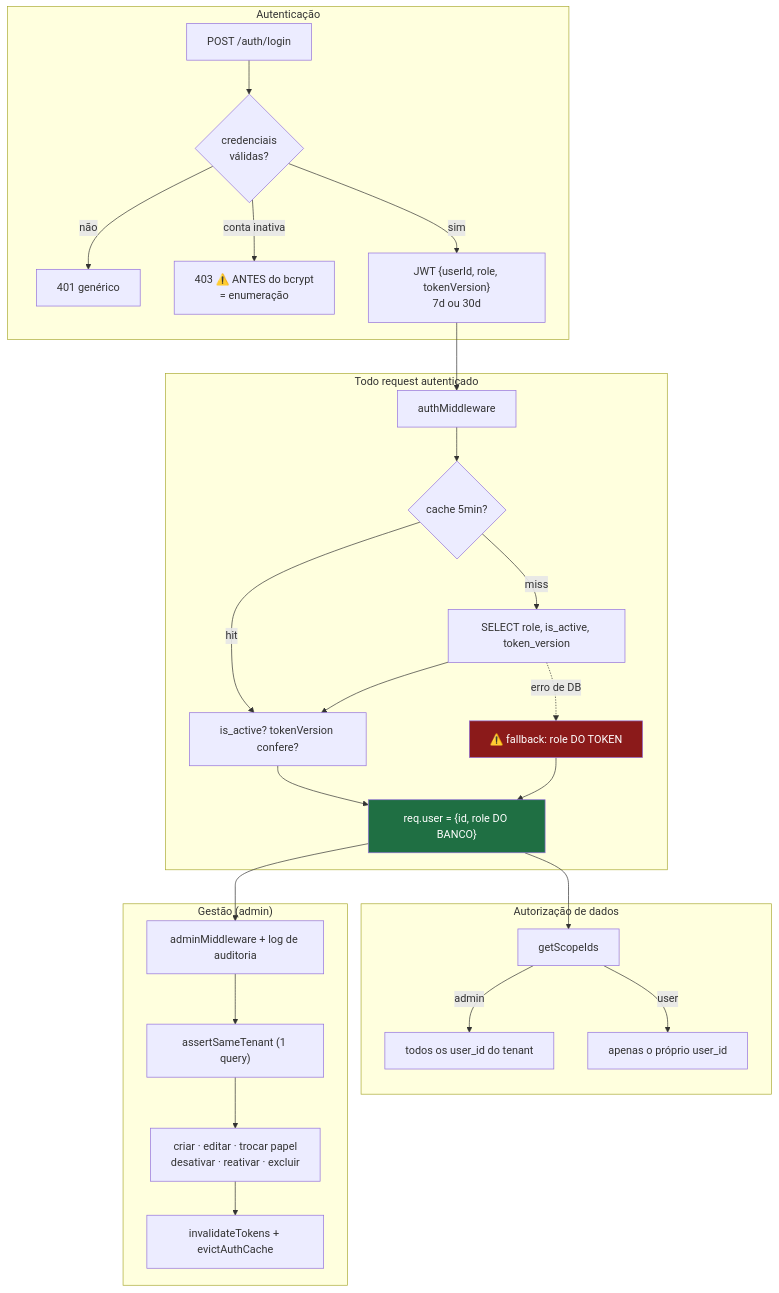
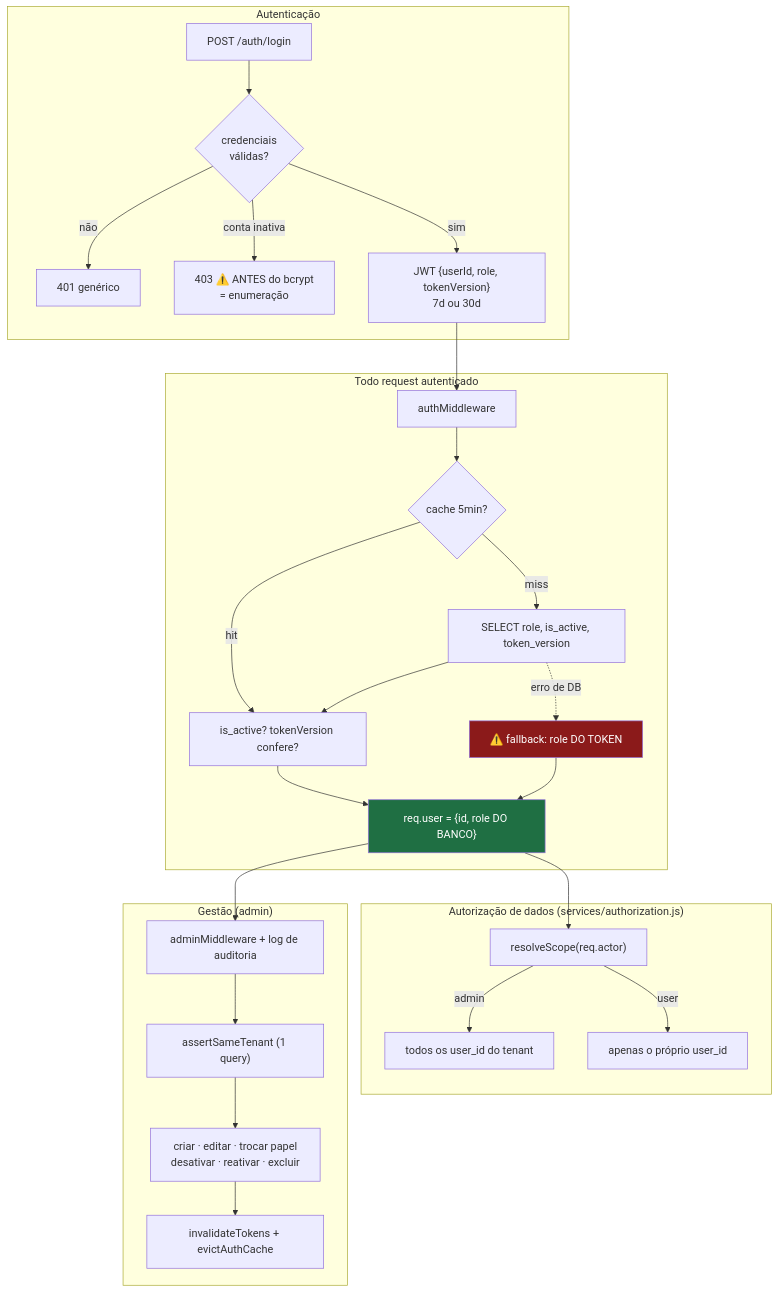
One commit to lucasxtech/JiuMetrics changed the diagram in docs/modules/users-and-admin.md. Above: the diagram before and after it, drawn with Mermaid. The commit also changed other lines of this file and 15 other files, not shown here.

````diff
--- a/docs/modules/users-and-admin.md
+++ b/docs/modules/users-and-admin.md
@@ -81,36 +81,36 @@
 ```mermaid
 flowchart TD
     subgraph "Autenticação"
         L["POST /auth/login"] --> LV{"credenciais<br/>válidas?"}
         LV -->|não| L401["401 genérico"]
         LV -->|"conta inativa"| L403["403 ⚠️ ANTES do bcrypt<br/>= enumeração"]
         LV -->|sim| JWT["JWT {userId, role, tokenVersion}<br/>7d ou 30d"]
     end
 
     subgraph "Todo request autenticado"
         JWT --> AM["authMiddleware"]
         AM --> CACHE{"cache 5min?"}
         CACHE -->|miss| Q["SELECT role, is_active, token_version"]
         CACHE -->|hit| CHK
         Q --> CHK["is_active? tokenVersion confere?"]
         Q -.->|"erro de DB"| FB["⚠️ fallback: role DO TOKEN"]
         CHK --> RU["req.user = {id, role DO BANCO}"]
         FB --> RU
     end
 
-    subgraph "Autorização de dados"
-        RU --> GS["getScopeIds"]
+    subgraph "Autorização de dados (services/authorization.js)"
+        RU --> GS["resolveScope(req.actor)"]
         GS -->|admin| GRP["todos os user_id do tenant"]
         GS -->|user| OWN["apenas o próprio user_id"]
     end
 
     subgraph "Gestão (admin)"
         RU --> ADM["adminMiddleware + log de auditoria"]
         ADM --> AST["assertSameTenant (1 query)"]
         AST --> OPS["criar · editar · trocar papel<br/>desativar · reativar · excluir"]
         OPS --> INV["invalidateTokens + evictAuthCache"]
     end
 
     style FB fill:#8b1a1a,color:#fff
     style RU fill:#1f6f43,color:#fff
 ```
````
